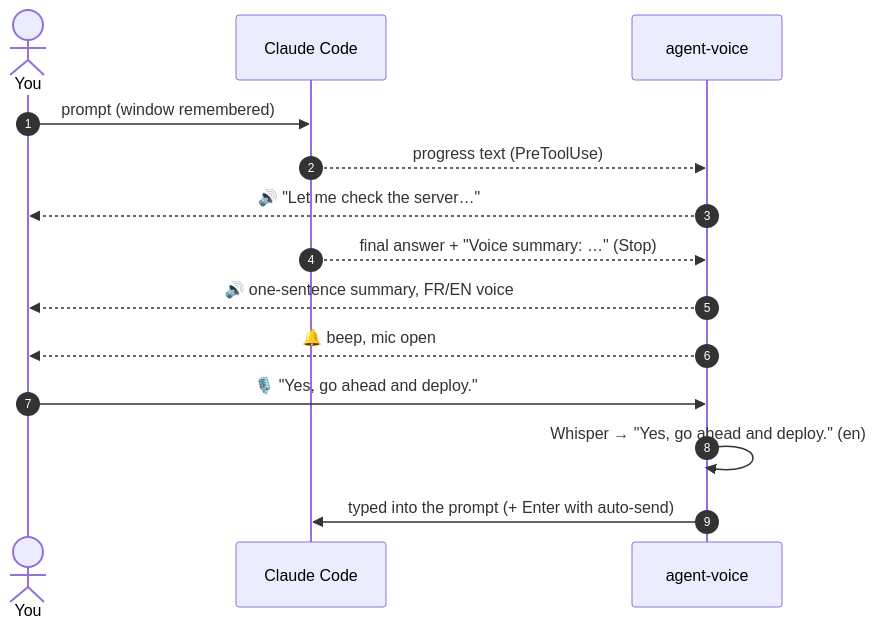
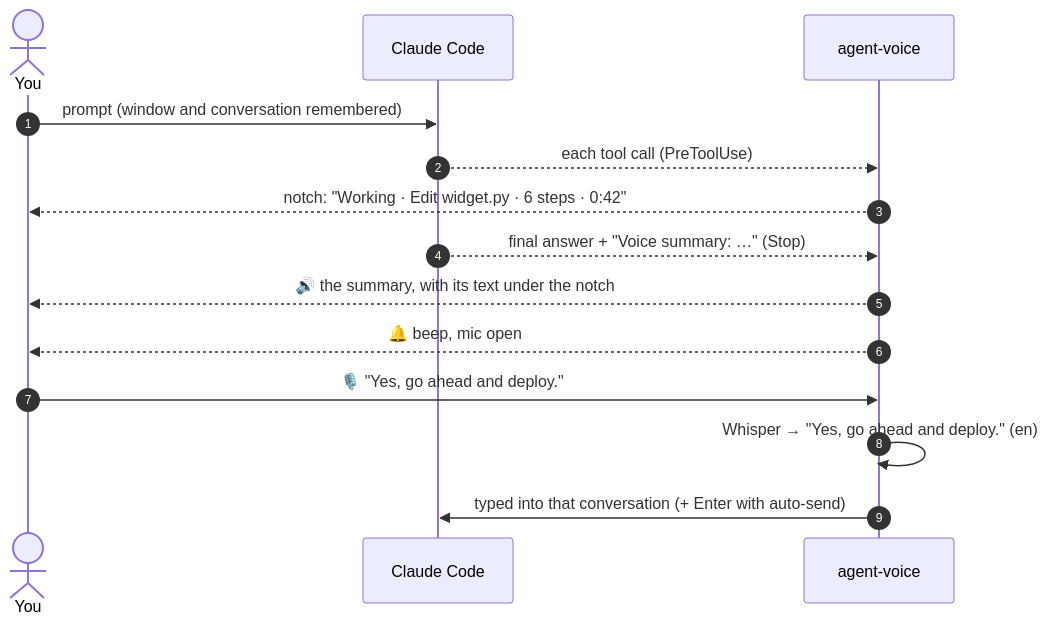
One commit to ElMastho/Agent-Voice changed the second of 2 diagrams in README.md. Above: the diagram before and after it, drawn with Mermaid. The commit also changed other lines of this file and 14 other files, not shown here.

First line of the commit message:
Read along under the notch; README, guide and images reworked for the notch

````diff
--- a/README.md
+++ b/README.md
@@ -177,16 +207,16 @@
 ```mermaid
 sequenceDiagram
     autonumber
     actor You
     participant Agent as Claude Code
     participant AV as agent-voice
-    You->>Agent: prompt (window remembered)
-    Agent-->>AV: progress text (PreToolUse)
-    AV-->>You: 🔊 "Let me check the server…"
+    You->>Agent: prompt (window and conversation remembered)
+    Agent-->>AV: each tool call (PreToolUse)
+    AV-->>You: notch: "Working · Edit widget.py · 6 steps · 0:42"
     Agent-->>AV: final answer + "Voice summary: …" (Stop)
-    AV-->>You: 🔊 one-sentence summary, FR/EN voice
+    AV-->>You: 🔊 the summary, with its text under the notch
     AV-->>You: 🔔 beep, mic open
     You->>AV: 🎙️ "Yes, go ahead and deploy."
     AV->>AV: Whisper → "Yes, go ahead and deploy." (en)
-    AV->>Agent: typed into the prompt (+ Enter with auto-send)
+    AV->>Agent: typed into that conversation (+ Enter with auto-send)
 ```
````
